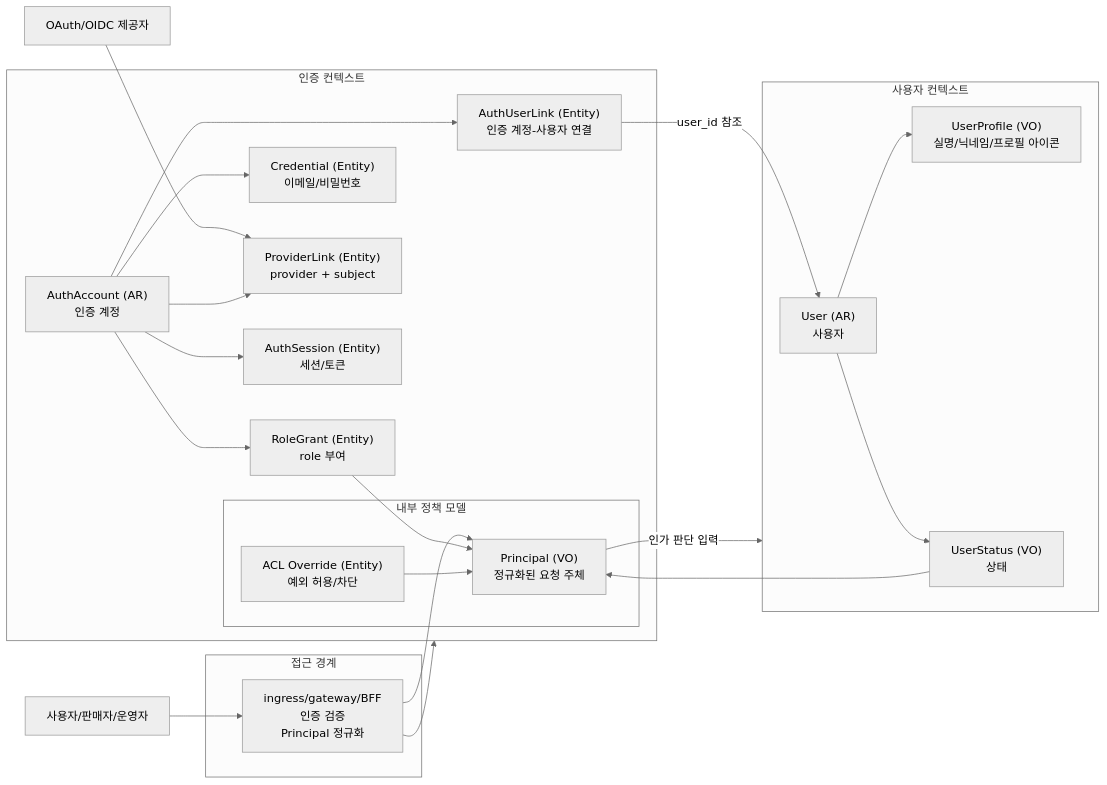
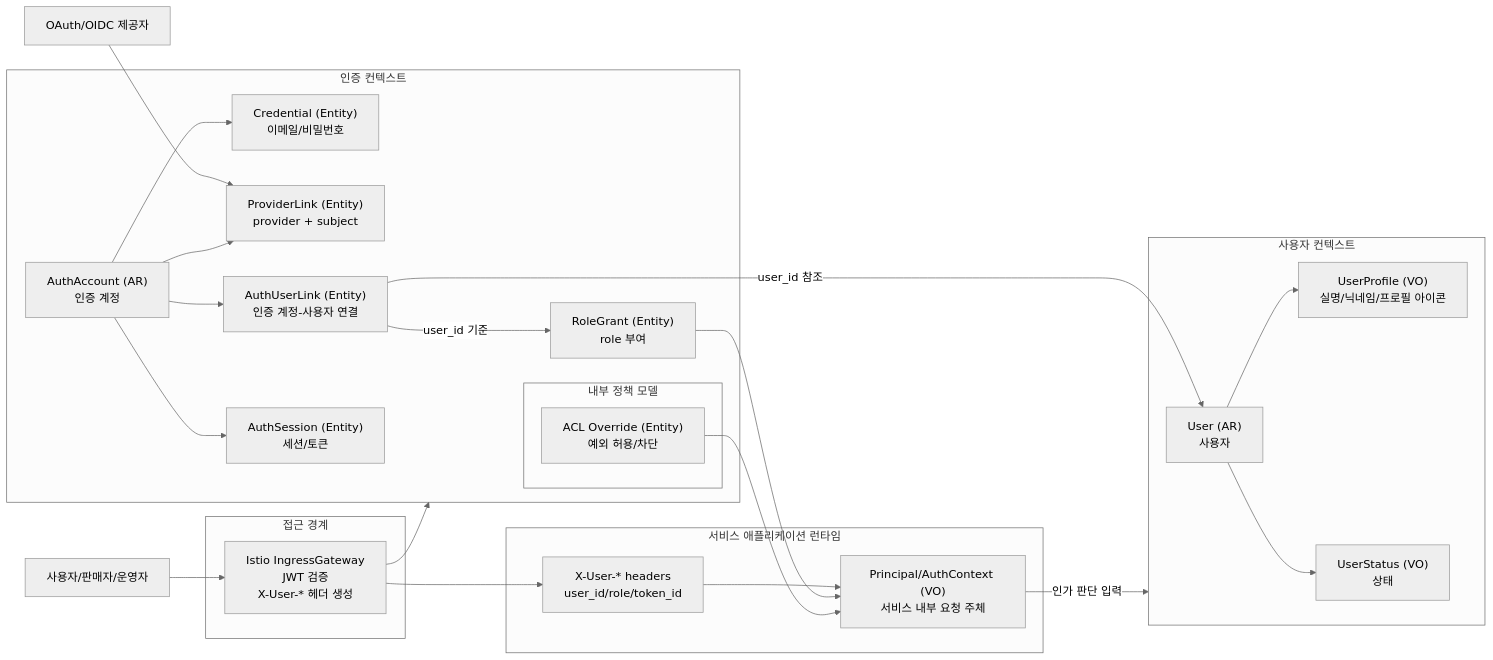
One commit to Medikong/archive changed the first of 2 diagrams in features/auth-user/02-context-boundary.md. Above: the diagram before and after it, drawn with Mermaid (neutral theme). The commit also changed other lines of this file and 5 other files, not shown here.

Commit message:
docs(auth-user): revise auth user service design

````diff
--- a/features/auth-user/02-context-boundary.md
+++ b/features/auth-user/02-context-boundary.md
@@ -30,50 +30,54 @@
 ```mermaid
 flowchart LR
     Actor["사용자/판매자/운영자"]
     Provider["OAuth/OIDC 제공자"]
 
     subgraph Edge["접근 경계"]
-        Gateway["ingress/gateway/BFF<br/>인증 검증<br/>Principal 정규화"]
+        Gateway["Istio IngressGateway<br/>JWT 검증<br/>X-User-* 헤더 생성"]
     end
 
     subgraph AuthContext["인증 컨텍스트"]
         AuthAccount["AuthAccount (AR)<br/>인증 계정"]
         Credential["Credential (Entity)<br/>이메일/비밀번호"]
         ProviderLink["ProviderLink (Entity)<br/>provider + subject"]
         AuthUserLink["AuthUserLink (Entity)<br/>인증 계정-사용자 연결"]
         AuthSession["AuthSession (Entity)<br/>세션/토큰"]
         RoleGrant["RoleGrant (Entity)<br/>role 부여"]
 
         subgraph PolicyContext["내부 정책 모델"]
-            Principal["Principal (VO)<br/>정규화된 요청 주체"]
             AclOverride["ACL Override (Entity)<br/>예외 허용/차단"]
         end
     end
 
     subgraph UserContext["사용자 컨텍스트"]
         User["User (AR)<br/>사용자"]
         UserProfile["UserProfile (VO)<br/>실명/닉네임/프로필 아이콘"]
         UserStatus["UserStatus (VO)<br/>상태"]
     end
 
+    subgraph ServiceRuntime["서비스 애플리케이션 런타임"]
+        IdentityHeaders["X-User-* headers<br/>user_id/role/token_id"]
+        Principal["Principal/AuthContext (VO)<br/>서비스 내부 요청 주체"]
+    end
+
     Actor --> Gateway
     Gateway --> AuthContext
     Provider --> ProviderLink
 
     AuthAccount --> Credential
     AuthAccount --> ProviderLink
     AuthAccount --> AuthUserLink
     AuthAccount --> AuthSession
-    AuthAccount --> RoleGrant
     AuthUserLink -->|"user_id 참조"| User
+    AuthUserLink -->|"user_id 기준"| RoleGrant
 
     User --> UserProfile
     User --> UserStatus
 
-    Gateway --> Principal
+    Gateway --> IdentityHeaders
+    IdentityHeaders --> Principal
     RoleGrant --> Principal
-    UserStatus --> Principal
     AclOverride --> Principal
 
     Principal -->|"인가 판단 입력"| UserContext
 ```
````
